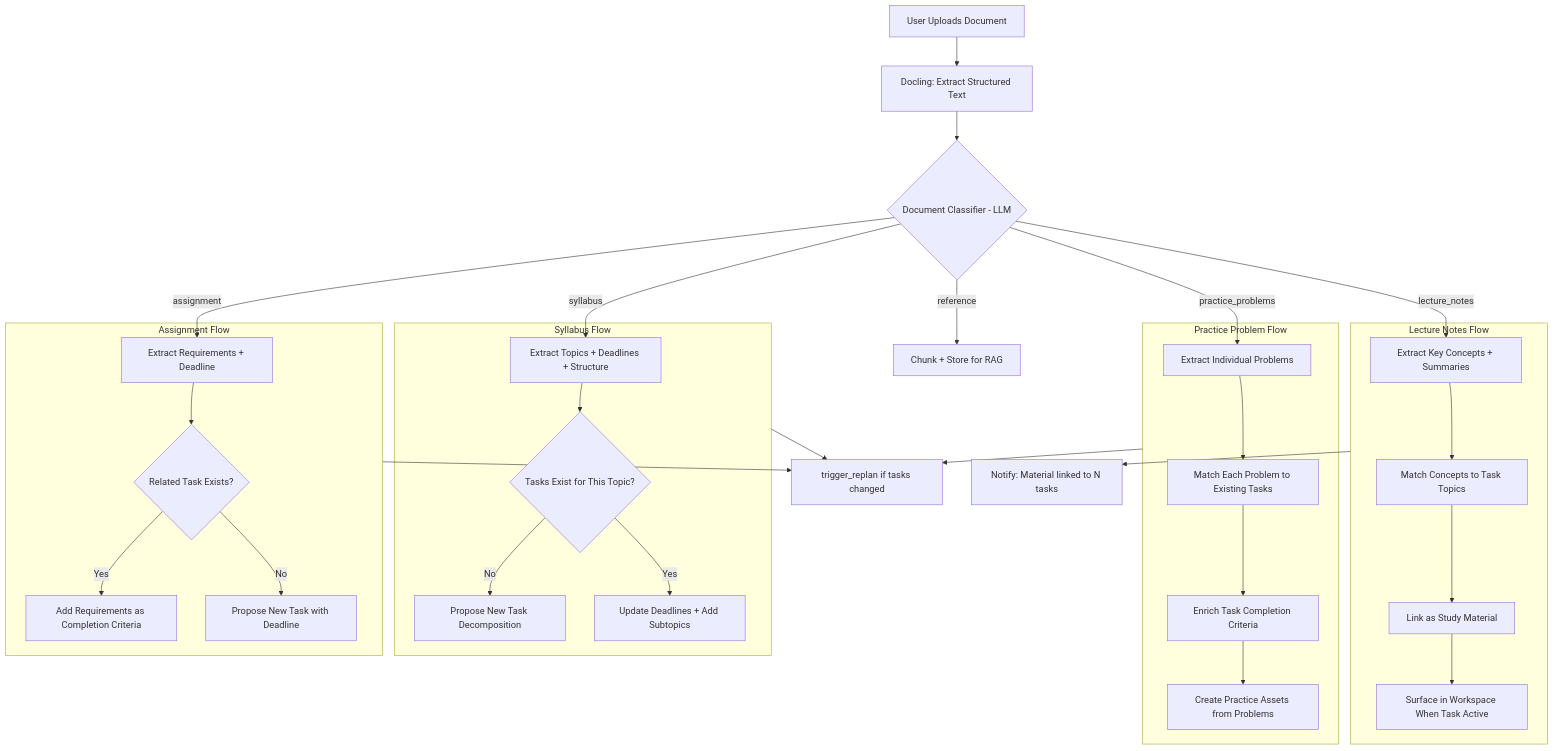
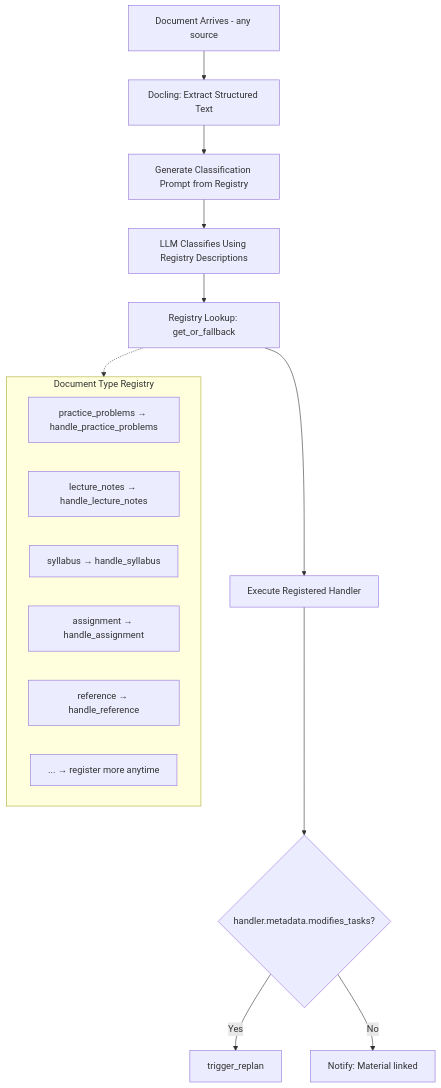
One commit to HackHeroic/Jarvis-Engine changed the seventh of 9 diagrams in docs/superpowers/specs/2026-03-28-jarvis-architecture-reset-design.md. Above: the diagram before and after it, drawn with Mermaid. The commit also changed other lines of this file, not shown here.

First line of the commit message:
docs: add registry framework pattern — extensible intents, documents, memory, PEARL

````diff
--- a/docs/superpowers/specs/2026-03-28-jarvis-architecture-reset-design.md
+++ b/docs/superpowers/specs/2026-03-28-jarvis-architecture-reset-design.md
@@ -1331,40 +1620,24 @@
 ```mermaid
 flowchart TD
-    Upload[User Uploads Document] --> Docling[Docling: Extract Structured Text]
-    Docling --> Classify{Document Classifier - LLM}
+    Upload[Document Arrives - any source] --> Docling[Docling: Extract Structured Text]
+    Docling --> ClassifyPrompt[Generate Classification Prompt from Registry]
+    ClassifyPrompt --> LLMClassify[LLM Classifies Using Registry Descriptions]
 
-    Classify -->|practice_problems| ProblemExtract[Extract Individual Problems]
-    Classify -->|lecture_notes| NotesProcess[Extract Key Concepts + Summaries]
-    Classify -->|syllabus| SyllabusProcess[Extract Topics + Deadlines + Structure]
-    Classify -->|assignment| AssignmentProcess[Extract Requirements + Deadline]
-    Classify -->|reference| ReferenceProcess[Chunk + Store for RAG]
+    LLMClassify --> Lookup[Registry Lookup: get_or_fallback]
+    Lookup --> Handler[Execute Registered Handler]
 
-    subgraph ProblemFlow [Practice Problem Flow]
-        ProblemExtract --> MatchProblems[Match Each Problem to Existing Tasks]
-        MatchProblems --> EnrichCriteria[Enrich Task Completion Criteria]
-        EnrichCriteria --> CreatePractice[Create Practice Assets from Problems]
+    Handler --> CheckMeta{handler.metadata.modifies_tasks?}
+    CheckMeta -->|Yes| Replan[trigger_replan]
+    CheckMeta -->|No| Notify[Notify: Material linked]
+
+    subgraph Registry [Document Type Registry]
+        R1[practice_problems → handle_practice_problems]
+        R2[lecture_notes → handle_lecture_notes]
+        R3[syllabus → handle_syllabus]
+        R4[assignment → handle_assignment]
+        R5[reference → handle_reference]
+        R6[... → register more anytime]
     end
 
-    subgraph NotesFlow [Lecture Notes Flow]
-        NotesProcess --> MatchConcepts[Match Concepts to Task Topics]
-        MatchConcepts --> LinkAsStudyMaterial[Link as Study Material]
-        LinkAsStudyMaterial --> SurfaceInWorkspace[Surface in Workspace When Task Active]
-    end
-
-    subgraph SyllabusFlow [Syllabus Flow]
-        SyllabusProcess --> CreateNewTasks{Tasks Exist for This Topic?}
-        CreateNewTasks -->|No| ProposeDraft[Propose New Task Decomposition]
-        CreateNewTasks -->|Yes| UpdateExisting[Update Deadlines + Add Subtopics]
-    end
-
-    subgraph AssignmentFlow [Assignment Flow]
-        AssignmentProcess --> CreateOrLink{Related Task Exists?}
-        CreateOrLink -->|Yes| AddAsCriteria[Add Requirements as Completion Criteria]
-        CreateOrLink -->|No| ProposeNewTask[Propose New Task with Deadline]
-    end
-
-    ProblemFlow --> Replan[trigger_replan if tasks changed]
-    SyllabusFlow --> Replan
-    AssignmentFlow --> Replan
-    NotesFlow --> NotifyUser[Notify: Material linked to N tasks]
+    Lookup -.-> Registry
 ```
````
